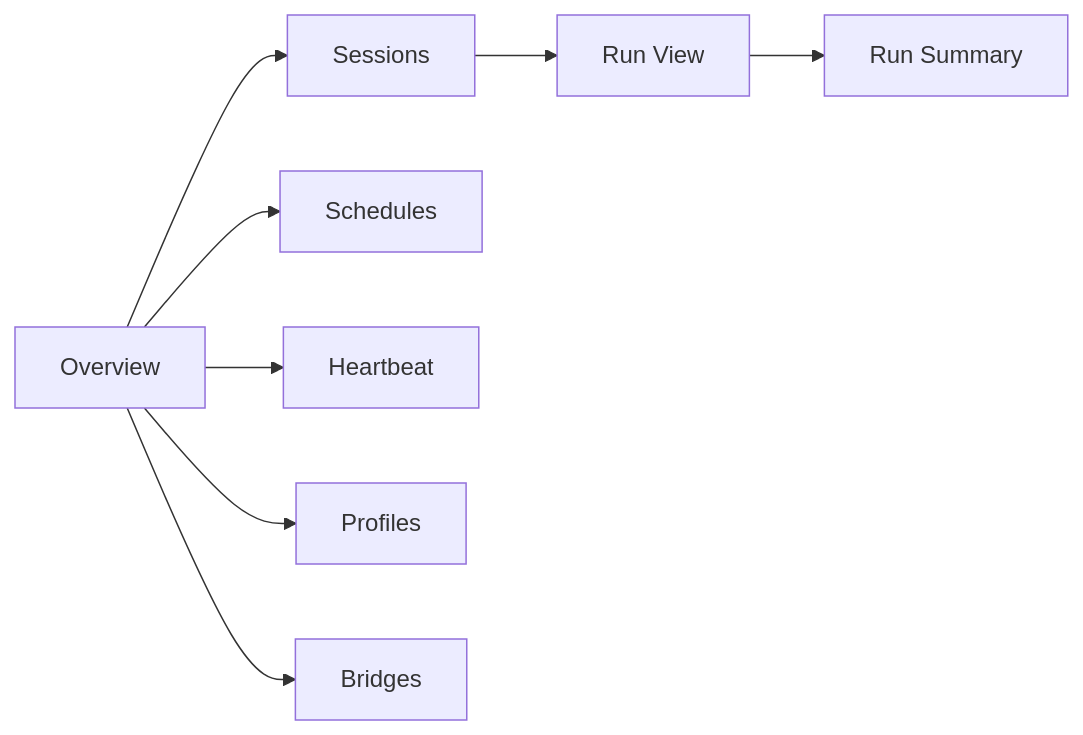
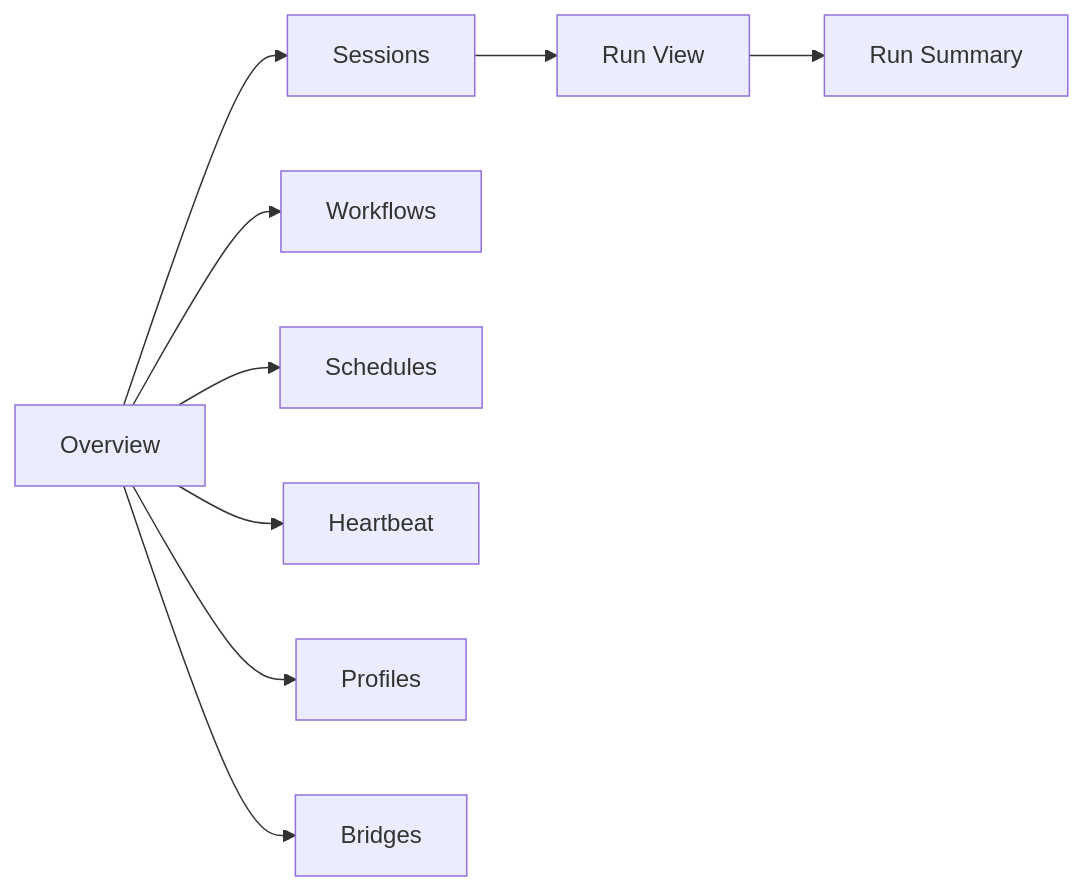
The first of 2 diagrams in packages/ya-claw/spec/05-web-ui-and-operations.md (Alexsu26/ya-mono), drawn with Mermaid before and after one commit. The commit also changed other lines of this file and 35 other files, not shown here.

````diff
--- a/packages/ya-claw/spec/05-web-ui-and-operations.md
+++ b/packages/ya-claw/spec/05-web-ui-and-operations.md
@@ -25,10 +26,11 @@
 ```mermaid
 flowchart LR
     HOME[Overview] --> SS[Sessions]
+    HOME --> WF[Workflows]
     HOME --> SC[Schedules]
     HOME --> HB[Heartbeat]
     HOME --> PF[Profiles]
     HOME --> BR[Bridges]
     SS --> RV[Run View]
     RV --> RS[Run Summary]
 ```
````
